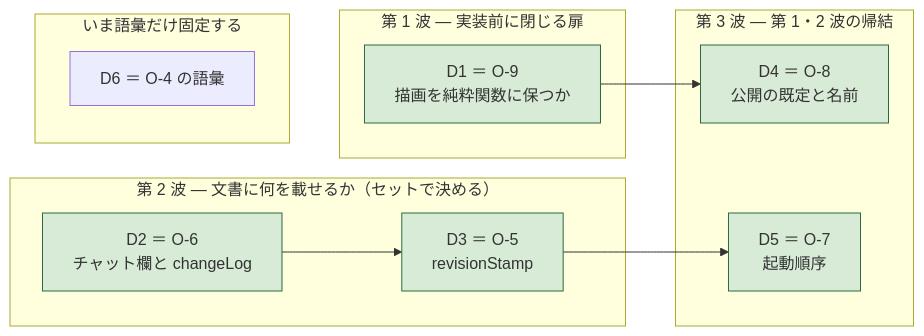
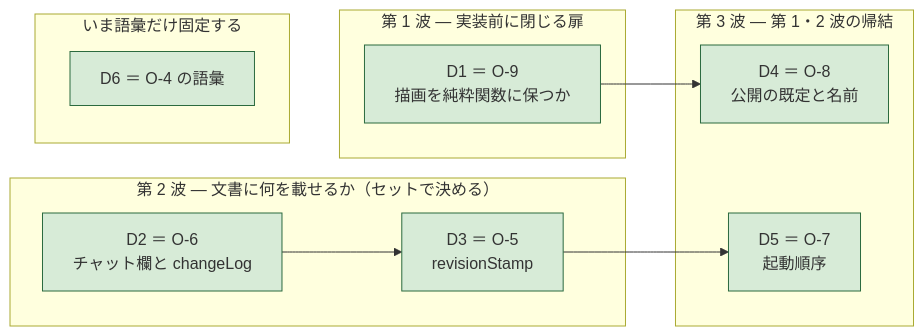
One commit to GoodRelax/gr-scheduler changed the diagram in ai-cowork-trial/draft-for-handover/OPEN-ITEMS-ja.md. Above: the diagram before and after it, drawn with Mermaid. The commit also changed other lines of this file and 5 other files, not shown here.

````diff
--- a/ai-cowork-trial/draft-for-handover/OPEN-ITEMS-ja.md
+++ b/ai-cowork-trial/draft-for-handover/OPEN-ITEMS-ja.md
@@ -258,25 +258,26 @@
 ```mermaid
 flowchart LR
   subgraph w1["第 1 波 — 実装前に閉じる扉"]
     D1["D1 ＝ O-9<br/>描画を純粋関数に保つか"]
   end
   subgraph w2["第 2 波 — 文書に何を載せるか（セットで決める）"]
     D2["D2 ＝ O-6<br/>チャット欄と changeLog"]
     D3["D3 ＝ O-5<br/>revisionStamp"]
   end
   subgraph w3["第 3 波 — 第 1・2 波の帰結"]
     D4["D4 ＝ O-8<br/>公開の既定と名前"]
     D5["D5 ＝ O-7<br/>起動順序"]
   end
   subgraph w4["いま語彙だけ固定する"]
     D6["D6 ＝ O-4 の語彙"]
   end
   D1 --> D4
   style D1 fill:#d7ebd7,stroke:#2b6a3f
   D2 --> D3
   style D2 fill:#d7ebd7,stroke:#2b6a3f
   D3 --> D5
   style D3 fill:#d7ebd7,stroke:#2b6a3f
   style D4 fill:#d7ebd7,stroke:#2b6a3f
   style D5 fill:#d7ebd7,stroke:#2b6a3f
+  style D6 fill:#d7ebd7,stroke:#2b6a3f
 ```
````
